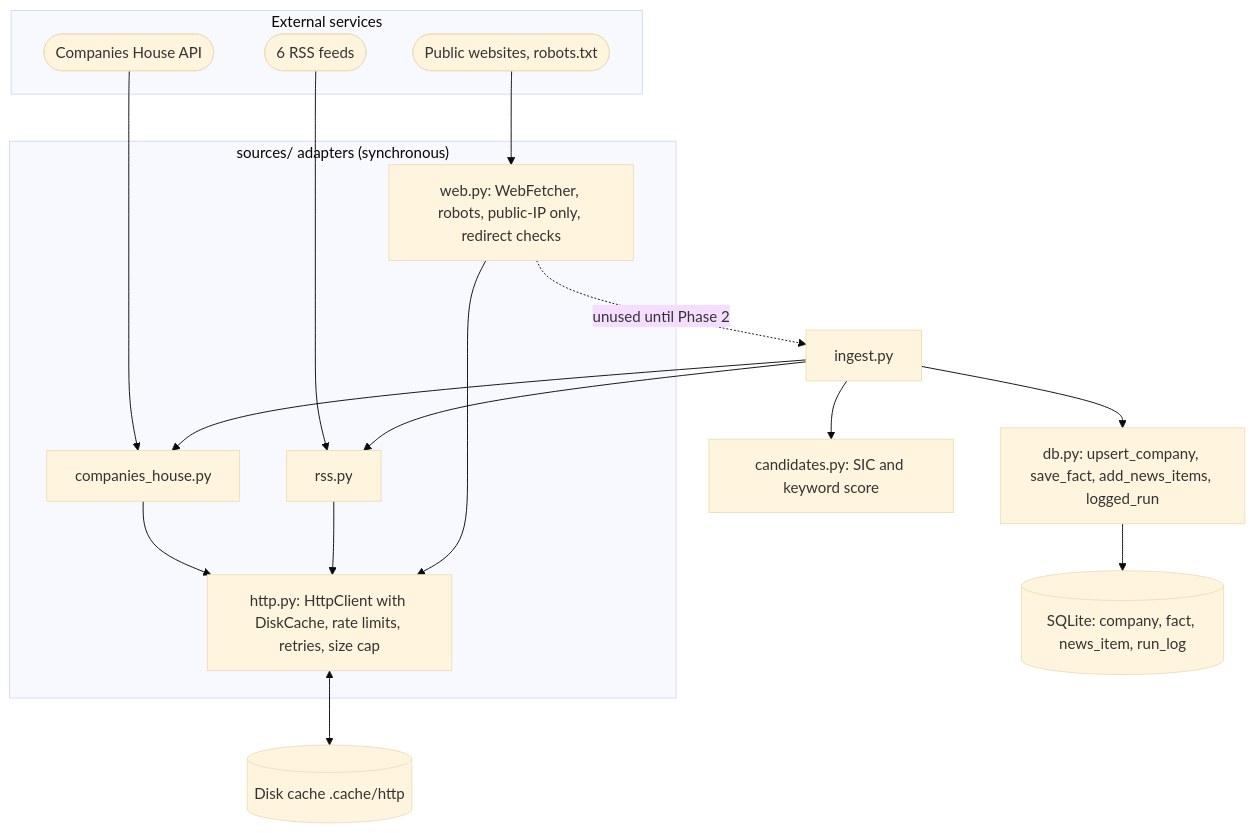
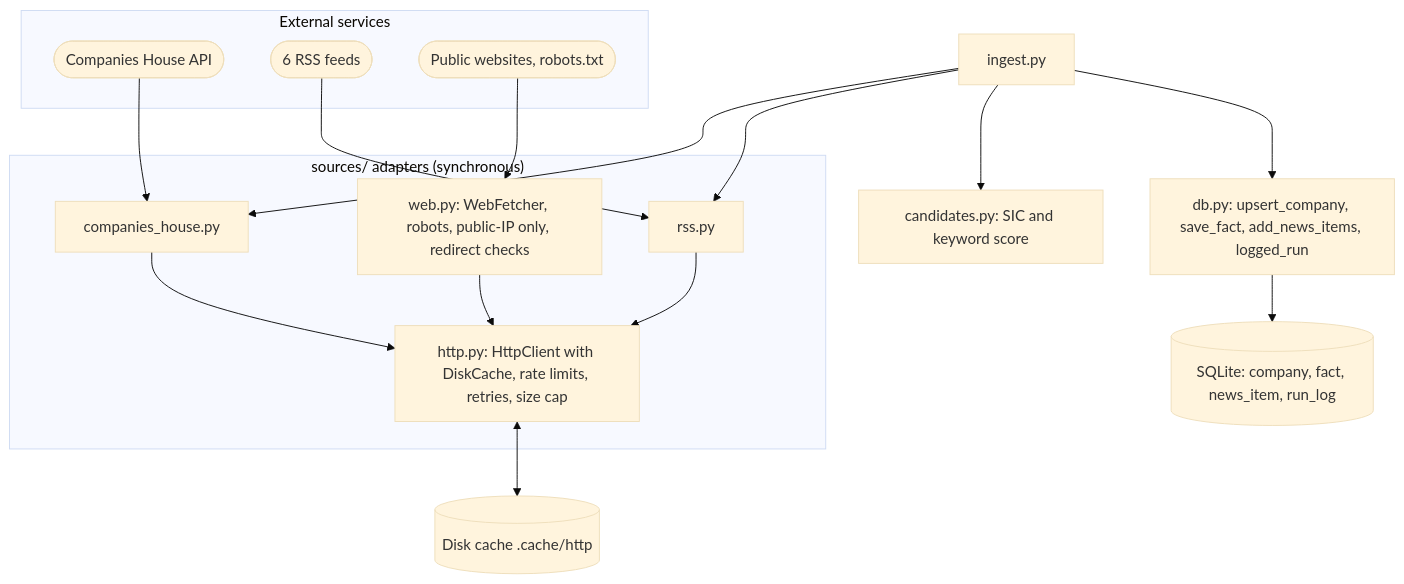
Before and after one commit to Farzaanee/sprout: the second of 12 diagrams in docs/architecture.md, drawn with Mermaid (base theme). The commit also changed other lines of this file and 17 other files, not shown here.

````diff
--- a/docs/architecture.md
+++ b/docs/architecture.md
@@ -48,32 +50,31 @@
 ```mermaid
 flowchart TB
     subgraph EXT["External services"]
         CH(["Companies House API"])
         RSSF(["6 RSS feeds"])
         WEB(["Public websites, robots.txt"])
     end
     subgraph SRC["sources/ adapters (synchronous)"]
         HTTP["http.py: HttpClient with DiskCache, rate limits, retries, size cap"]
         CHC["companies_house.py"]
         RSS["rss.py"]
         WF["web.py: WebFetcher, robots, public-IP only, redirect checks"]
     end
     CAND["candidates.py: SIC and keyword score"]
     ING["ingest.py"]
     DBM["db.py: upsert_company, save_fact, add_news_items, logged_run"]
     SQL[("SQLite: company, fact, news_item, run_log")]
     CACHE[("Disk cache .cache/http")]
     CH --> CHC
     RSSF --> RSS
     WEB --> WF
     CHC --> HTTP
     RSS --> HTTP
     WF --> HTTP
     HTTP <--> CACHE
     ING --> CHC
     ING --> RSS
     ING --> CAND
     ING --> DBM
     DBM --> SQL
-    WF -. "unused until Phase 2" .-> ING
 ```
````
